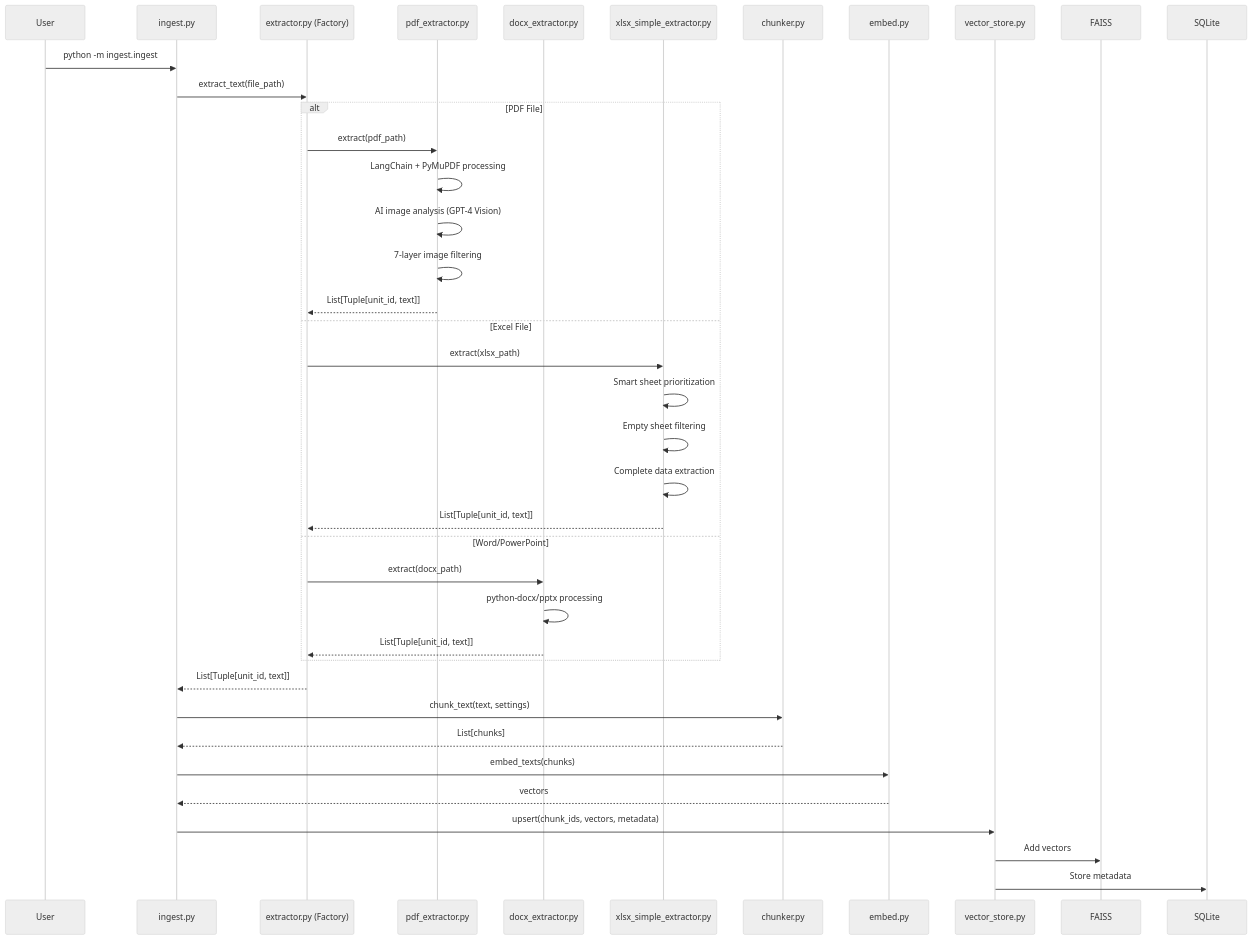
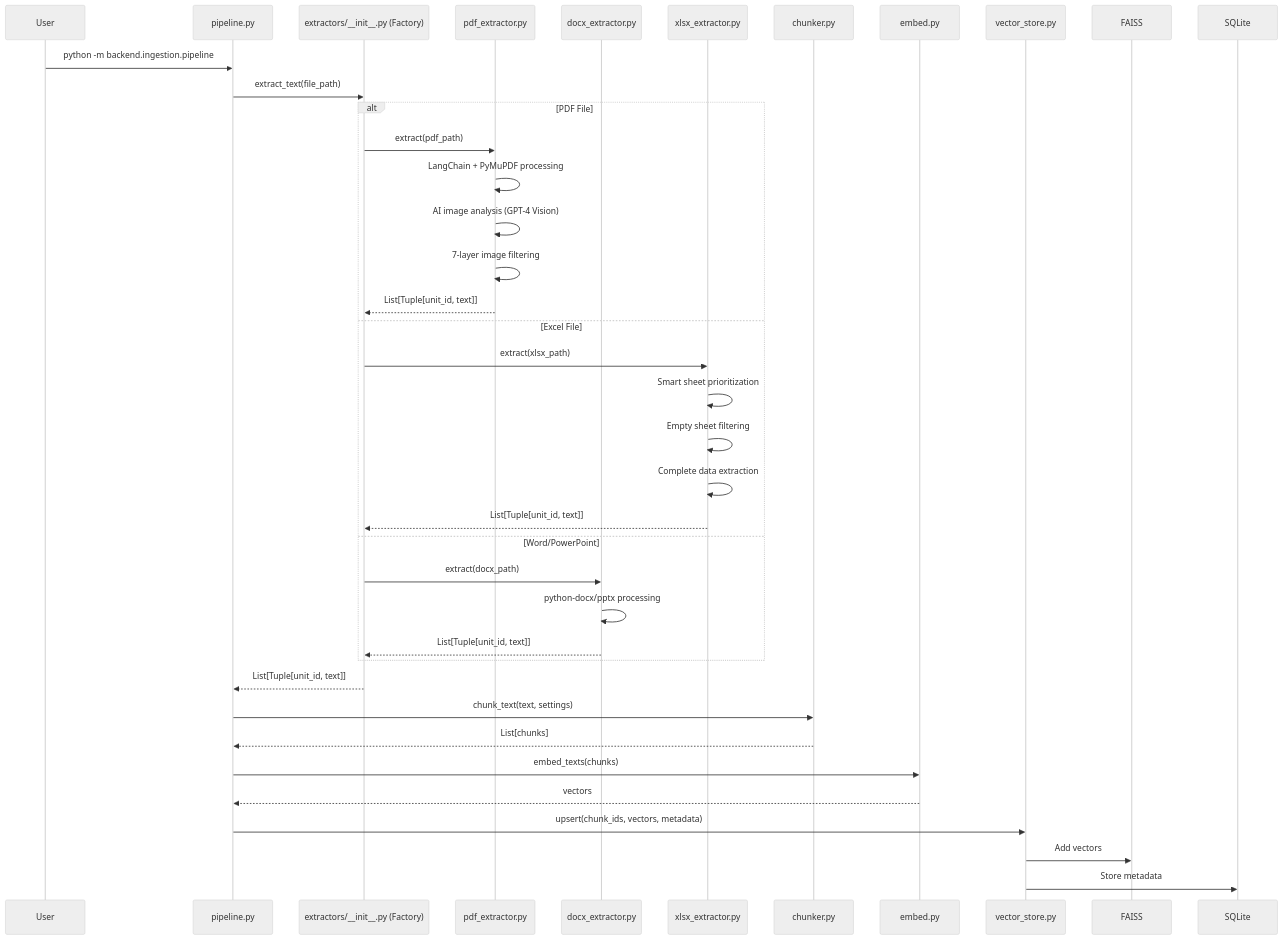
The second of 4 diagrams in docs/ARCHITECTURE.md (AbhiramDwivedi/docrag), drawn with Mermaid (neutral theme) before and after one commit. The commit also changed other lines of this file and 1 other file, not shown here.

First line of the commit message:
docs: Update architecture diagrams to reflect new backend structure

````diff
--- a/docs/ARCHITECTURE.md
+++ b/docs/ARCHITECTURE.md
@@ -119,44 +119,44 @@
 ```mermaid
 sequenceDiagram
     participant User
-    participant Ingest as ingest.py
-    participant Factory as extractor.py (Factory)
+    participant Pipeline as pipeline.py
+    participant Factory as extractors/__init__.py (Factory)
     participant PDFExt as pdf_extractor.py
     participant DOCXExt as docx_extractor.py
-    participant XLSXExt as xlsx_simple_extractor.py
+    participant XLSXExt as xlsx_extractor.py
     participant Chunker as chunker.py
     participant Embedder as embed.py
     participant VectorStore as vector_store.py
     participant FAISS
     participant SQLite
 
-    User->>Ingest: python -m ingest.ingest
-    Ingest->>Factory: extract_text(file_path)
+    User->>Pipeline: python -m backend.ingestion.pipeline
+    Pipeline->>Factory: extract_text(file_path)
     
     alt PDF File
         Factory->>PDFExt: extract(pdf_path)
         PDFExt->>PDFExt: LangChain + PyMuPDF processing
         PDFExt->>PDFExt: AI image analysis (GPT-4 Vision)
         PDFExt->>PDFExt: 7-layer image filtering
         PDFExt-->>Factory: List[Tuple[unit_id, text]]
     else Excel File
         Factory->>XLSXExt: extract(xlsx_path)
         XLSXExt->>XLSXExt: Smart sheet prioritization
         XLSXExt->>XLSXExt: Empty sheet filtering
         XLSXExt->>XLSXExt: Complete data extraction
         XLSXExt-->>Factory: List[Tuple[unit_id, text]]
     else Word/PowerPoint
         Factory->>DOCXExt: extract(docx_path)
         DOCXExt->>DOCXExt: python-docx/pptx processing
         DOCXExt-->>Factory: List[Tuple[unit_id, text]]
     end
     
-    Factory-->>Ingest: List[Tuple[unit_id, text]]
-    Ingest->>Chunker: chunk_text(text, settings)
-    Chunker-->>Ingest: List[chunks]
-    Ingest->>Embedder: embed_texts(chunks)
-    Embedder-->>Ingest: vectors
-    Ingest->>VectorStore: upsert(chunk_ids, vectors, metadata)
+    Factory-->>Pipeline: List[Tuple[unit_id, text]]
+    Pipeline->>Chunker: chunk_text(text, settings)
+    Chunker-->>Pipeline: List[chunks]
+    Pipeline->>Embedder: embed_texts(chunks)
+    Embedder-->>Pipeline: vectors
+    Pipeline->>VectorStore: upsert(chunk_ids, vectors, metadata)
     VectorStore->>FAISS: Add vectors
     VectorStore->>SQLite: Store metadata
 ```
````
